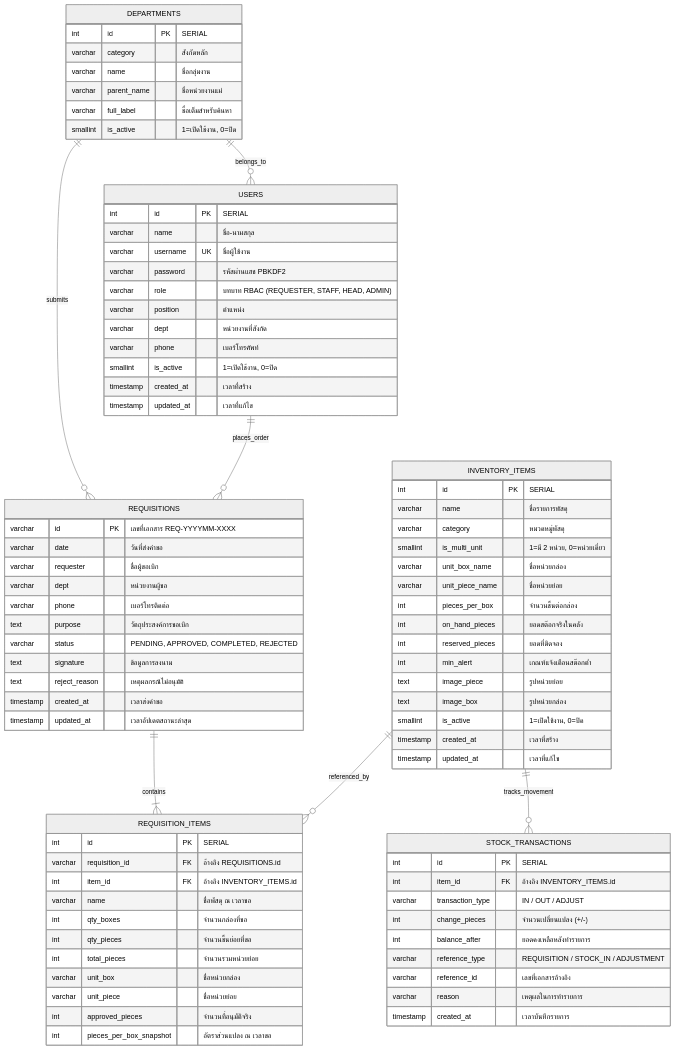
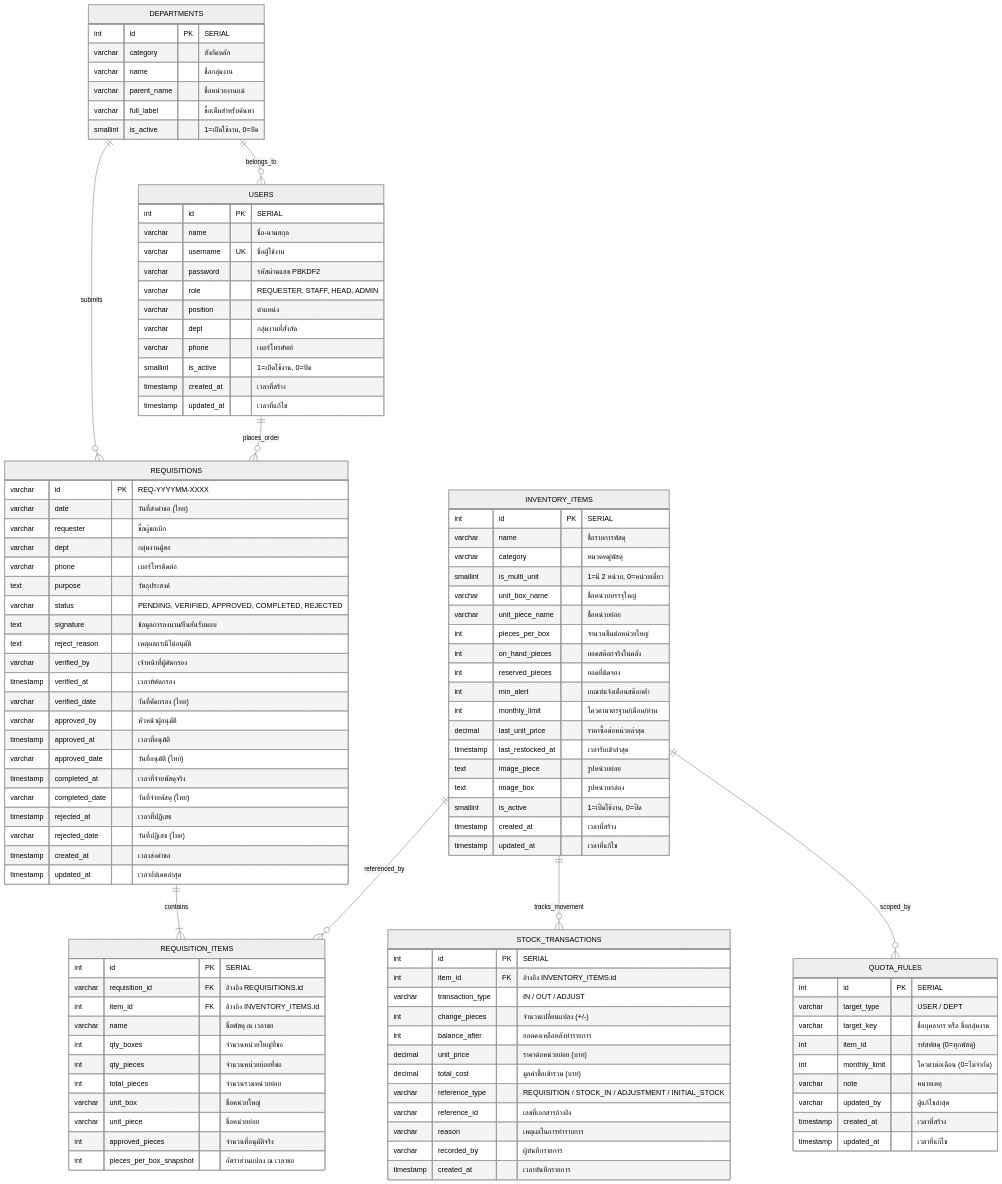
One commit to itsmekritsanai/stock-order-sdu changed the diagram in docs/DATA_DICTIONARY.md. Above: the diagram before and after it, drawn with Mermaid (neutral theme). The commit also changed other lines of this file and 20 other files, not shown here.

Commit message:
docs(project): update docs to current architecture and remove remaining pgAdmin references (v3.8.3)

````diff
--- a/docs/DATA_DICTIONARY.md
+++ b/docs/DATA_DICTIONARY.md
@@ -42,6 +43,7 @@
     REQUISITIONS ||--|{ REQUISITION_ITEMS : "contains"
     INVENTORY_ITEMS ||--o{ REQUISITION_ITEMS : "referenced_by"
     INVENTORY_ITEMS ||--o{ STOCK_TRANSACTIONS : "tracks_movement"
+    INVENTORY_ITEMS ||--o{ QUOTA_RULES : "scoped_by"
 
     DEPARTMENTS {
         int id PK "SERIAL"
@@ -57,9 +59,9 @@
         varchar name "ชื่อ-นามสกุล"
         varchar username UK "ชื่อผู้ใช้งาน"
         varchar password "รหัสผ่านแฮช PBKDF2"
-        varchar role "บทบาท RBAC (REQUESTER, STAFF, HEAD, ADMIN)"
+        varchar role "REQUESTER, STAFF, HEAD, ADMIN"
         varchar position "ตำแหน่ง"
-        varchar dept "หน่วยงานที่สังกัด"
+        varchar dept "กลุ่มงานที่สังกัด"
         varchar phone "เบอร์โทรศัพท์"
         smallint is_active "1=เปิดใช้งาน, 0=ปิด"
         timestamp created_at "เวลาที่สร้าง"
@@ -71,12 +73,15 @@
         varchar name "ชื่อรายการพัสดุ"
         varchar category "หมวดหมู่พัสดุ"
         smallint is_multi_unit "1=มี 2 หน่วย, 0=หน่วยเดี่ยว"
-        varchar unit_box_name "ชื่อหน่วยกล่อง"
+        varchar unit_box_name "ชื่อหน่วยบรรจุใหญ่"
         varchar unit_piece_name "ชื่อหน่วยย่อย"
-        int pieces_per_box "จำนวนชิ้นต่อกล่อง"
+        int pieces_per_box "จำนวนชิ้นต่อหน่วยใหญ่"
         int on_hand_pieces "ยอดสต๊อกจริงในคลัง"
         int reserved_pieces "ยอดที่ติดจอง"
         int min_alert "เกณฑ์แจ้งเตือนสต๊อกต่ำ"
+        int monthly_limit "โควตามาตรฐาน/เดือน/ท่าน"
+        decimal last_unit_price "ราคาซื้อต่อหน่วยล่าสุด"
+        timestamp last_restocked_at "เวลารับเข้าล่าสุด"
         text image_piece "รูปหน่วยย่อย"
         text image_box "รูปหน่วยกล่อง"
         smallint is_active "1=เปิดใช้งาน, 0=ปิด"
@@ -85,17 +90,27 @@
     }
 
     REQUISITIONS {
-        varchar id PK "เลขที่เอกสาร REQ-YYYYMM-XXXX"
-        varchar date "วันที่ส่งคำขอ"
+        varchar id PK "REQ-YYYYMM-XXXX"
+        varchar date "วันที่ส่งคำขอ (ไทย)"
         varchar requester "ชื่อผู้ขอเบิก"
-        varchar dept "หน่วยงานผู้ขอ"
+        varchar dept "กลุ่มงานผู้ขอ"
         varchar phone "เบอร์โทรติดต่อ"
-        text purpose "วัตถุประสงค์การขอเบิก"
-        varchar status "PENDING, APPROVED, COMPLETED, REJECTED"
-        text signature "ข้อมูลการลงนาม"
+        text purpose "วัตถุประสงค์"
+        varchar status "PENDING, VERIFIED, APPROVED, COMPLETED, REJECTED"
+        text signature "ข้อมูลการลงนาม/ยืนยันรับมอบ"
         text reject_reason "เหตุผลกรณีไม่อนุมัติ"
+        varchar verified_by "เจ้าหน้าที่ผู้คัดกรอง"
+        timestamp verified_at "เวลาที่คัดกรอง"
+        varchar verified_date "วันที่คัดกรอง (ไทย)"
+        varchar approved_by "หัวหน้าผู้อนุมัติ"
+        timestamp approved_at "เวลาที่อนุมัติ"
+        varchar approved_date "วันที่อนุมัติ (ไทย)"
+        timestamp completed_at "เวลาที่จ่ายพัสดุจริง"
+        varchar completed_date "วันที่จ่ายพัสดุ (ไทย)"
+        timestamp rejected_at "เวลาที่ปฏิเสธ"
+        varchar rejected_date "วันที่ปฏิเสธ (ไทย)"
         timestamp created_at "เวลาส่งคำขอ"
-        timestamp updated_at "เวลาอัปเดตสถานะล่าสุด"
+        timestamp updated_at "เวลาอัปเดตล่าสุด"
     }
 
     REQUISITION_ITEMS {
@@ -103,10 +118,10 @@
         varchar requisition_id FK "อ้างอิง REQUISITIONS.id"
         int item_id FK "อ้างอิง INVENTORY_ITEMS.id"
         varchar name "ชื่อพัสดุ ณ เวลาขอ"
-        int qty_boxes "จำนวนกล่องที่ขอ"
-        int qty_pieces "จำนวนชิ้นย่อยที่ขอ"
+        int qty_boxes "จำนวนหน่วยใหญ่ที่ขอ"
+        int qty_pieces "จำนวนหน่วยย่อยที่ขอ"
         int total_pieces "จำนวนรวมหน่วยย่อย"
-        varchar unit_box "ชื่อหน่วยกล่อง"
+        varchar unit_box "ชื่อหน่วยใหญ่"
         varchar unit_piece "ชื่อหน่วยย่อย"
         int approved_pieces "จำนวนที่อนุมัติจริง"
         int pieces_per_box_snapshot "อัตราส่วนแปลง ณ เวลาขอ"
@@ -118,9 +133,24 @@
         varchar transaction_type "IN / OUT / ADJUST"
         int change_pieces "จำนวนเปลี่ยนแปลง (+/-)"
         int balance_after "ยอดคงเหลือหลังทำรายการ"
-        varchar reference_type "REQUISITION / STOCK_IN / ADJUSTMENT"
+        decimal unit_price "ราคาต่อหน่วยย่อย (บาท)"
+        decimal total_cost "มูลค่าซื้อเข้ารวม (บาท)"
+        varchar reference_type "REQUISITION / STOCK_IN / ADJUSTMENT / INITIAL_STOCK"
         varchar reference_id "เลขที่เอกสารอ้างอิง"
         varchar reason "เหตุผลในการทำรายการ"
+        varchar recorded_by "ผู้บันทึกรายการ"
         timestamp created_at "เวลาบันทึกรายการ"
     }
+
+    QUOTA_RULES {
+        int id PK "SERIAL"
+        varchar target_type "USER / DEPT"
+        varchar target_key "ชื่อบุคลากร หรือ ชื่อกลุ่มงาน"
+        int item_id "รหัสพัสดุ (0=ทุกพัสดุ)"
+        int monthly_limit "โควตาต่อเดือน (0=ไม่จำกัด)"
+        varchar note "หมายเหตุ"
+        varchar updated_by "ผู้แก้ไขล่าสุด"
+        timestamp created_at "เวลาที่สร้าง"
+        timestamp updated_at "เวลาที่แก้ไข"
+    }
 ```
````
